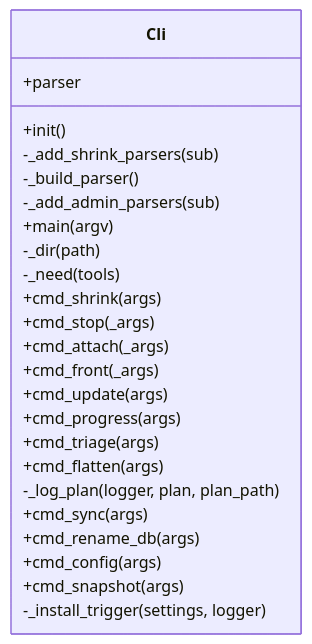
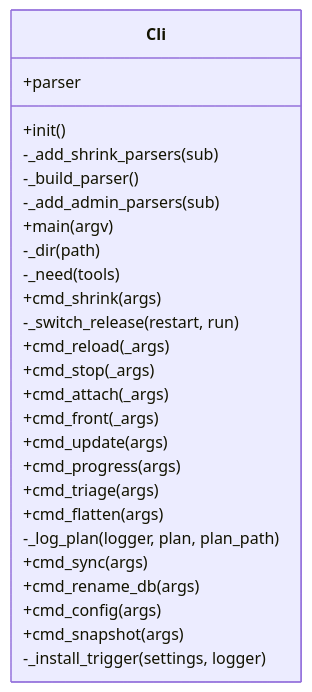
Before and after one commit to peddanet/mediatools: the diagram in docs/img/uml_cli.mmd, drawn with Mermaid. The commit also changed 25 other files, not shown here.

```diff
--- a/docs/img/uml_cli.mmd
+++ b/docs/img/uml_cli.mmd
@@ -1,26 +1,28 @@
 classDiagram
   direction LR
   class Cli {
     +parser
     +init()
     -_add_shrink_parsers(sub)
     -_build_parser()
     -_add_admin_parsers(sub)
     +main(argv)
     -_dir(path)
     -_need(tools)
     +cmd_shrink(args)
+    -_switch_release(restart, run)
+    +cmd_reload(_args)
     +cmd_stop(_args)
     +cmd_attach(_args)
     +cmd_front(_args)
     +cmd_update(args)
     +cmd_progress(args)
     +cmd_triage(args)
     +cmd_flatten(args)
     -_log_plan(logger, plan, plan_path)
     +cmd_sync(args)
     +cmd_rename_db(args)
     +cmd_config(args)
     +cmd_snapshot(args)
     -_install_trigger(settings, logger)
   }
```
